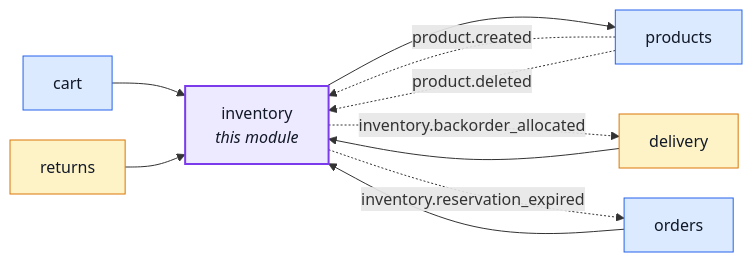
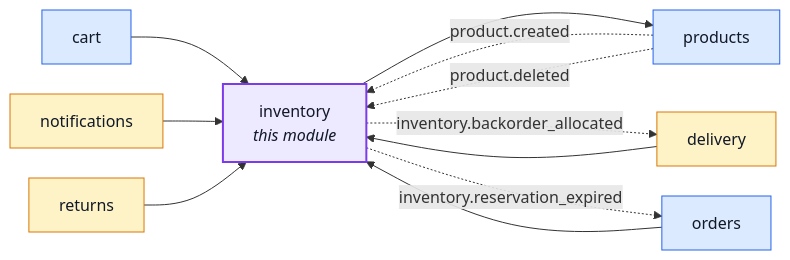
The first of 2 diagrams in docs/modules/inventory.md (Guebbit/boilerplate-node-backend), drawn with Mermaid before and after one commit. The commit also changed 50 other files, not shown here.

````diff
--- a/docs/modules/inventory.md
+++ b/docs/modules/inventory.md
@@ -18,28 +18,30 @@
 ```mermaid
 %%{init: {'flowchart': {'nodeSpacing': 30, 'rankSpacing': 60}}}%%
 flowchart LR
     inventory["inventory<br/><i>this module</i>"]
     cart["cart"]
     delivery["delivery"]
+    notifications["notifications"]
     orders["orders"]
     products["products"]
     returns["returns"]
 
     cart --> inventory
     delivery --> inventory
+    notifications --> inventory
     orders --> inventory
     returns --> inventory
     inventory --> products
     products -. "product.created" .-> inventory
     products -. "product.deleted" .-> inventory
     inventory -. "inventory.backorder_allocated" .-> delivery
     inventory -. "inventory.reservation_expired" .-> orders
 
     classDef core fill:#dbeafe,stroke:#2563eb,color:#111827;
     classDef supporting fill:#fef3c7,stroke:#d97706,color:#111827;
     classDef generic fill:#dcfce7,stroke:#16a34a,color:#111827;
     classDef centre fill:#ede9fe,stroke:#7c3aed,stroke-width:2px,color:#111827;
     class cart,orders,products core;
-    class delivery,returns supporting;
+    class delivery,notifications,returns supporting;
     class inventory centre;
 ```
````
